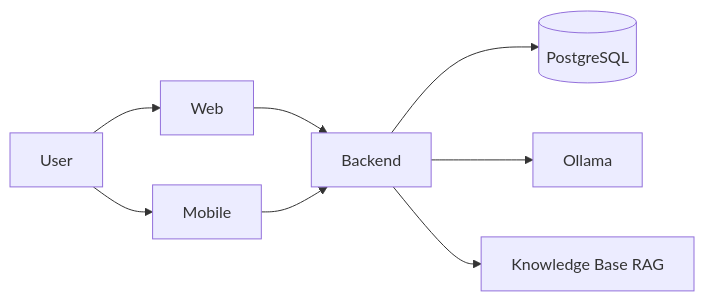
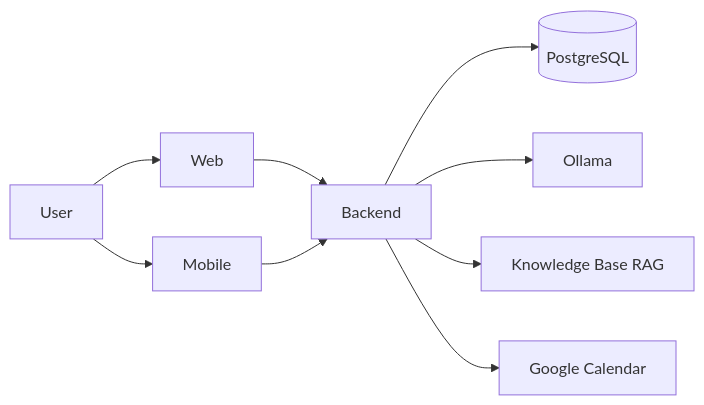
One commit to gromber05/delvo changed the diagram in README.md. Above: the diagram before and after it, drawn with Mermaid. The commit also changed 32 other files, not shown here.

````diff
--- a/README.md
+++ b/README.md
@@ -61,10 +61,11 @@
 ```mermaid
 flowchart LR
     U[User] --> W[Web]
     U --> M[Mobile]
     W --> B[Backend]
     M --> B
     B --> DB[(PostgreSQL)]
     B --> O[Ollama]
     B --> K[Knowledge Base RAG]
+    B --> G[Google Calendar]
 ```
````
